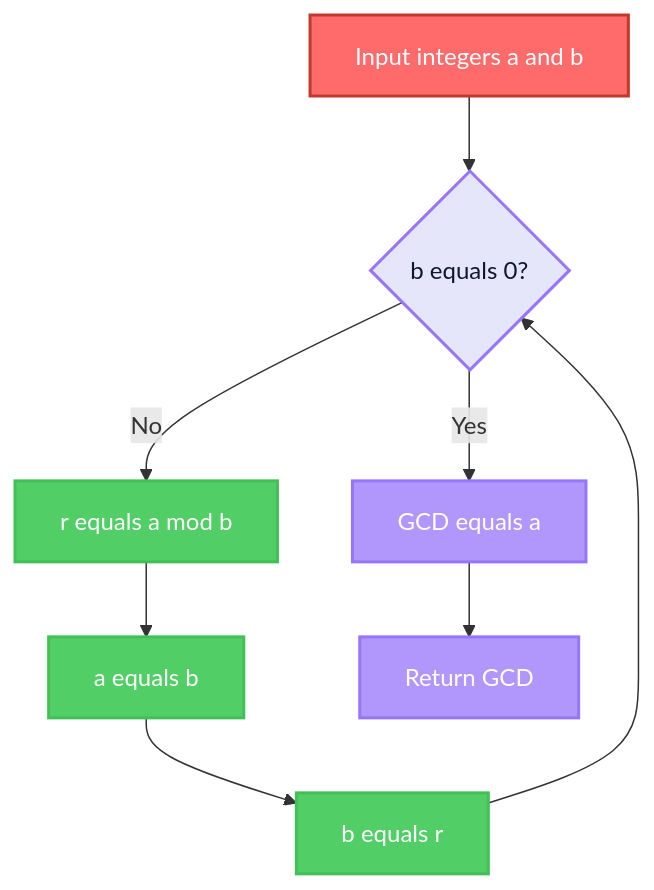
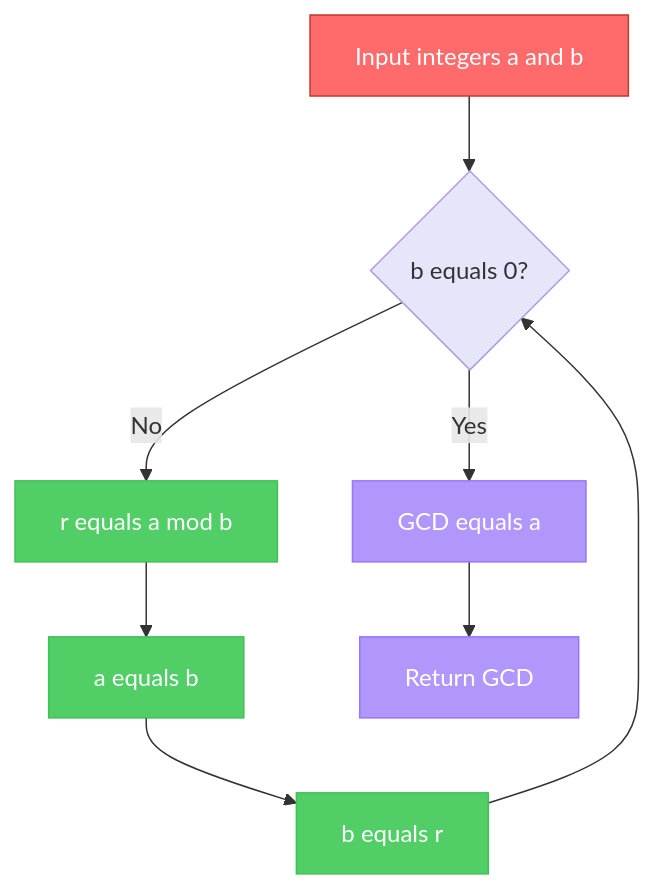
One commit to garywelz/progframe changed the first of 8 diagrams in collaborations/mathematics-database/algorithms-axiomatic-theories-proofs-revised.md. Above: the diagram before and after it, drawn with Mermaid. The commit also changed other lines of this file and 10 other files, not shown here.

````diff
--- a/collaborations/mathematics-database/algorithms-axiomatic-theories-proofs-revised.md
+++ b/collaborations/mathematics-database/algorithms-axiomatic-theories-proofs-revised.md
@@ -124,18 +124,20 @@
 ```mermaid
 flowchart TD
     A["Input integers a and b"] --> B{"b equals 0?"}
     B -->|Yes| C["GCD equals a"]
     B -->|No| D["r equals a mod b"]
     D --> E["a equals b"]
     E --> F["b equals r"]
     F --> B
     C --> G["Return GCD"]
-    classDef glmpInput fill:#ff6b6b,stroke:#c0392b,color:#fff,stroke-width:2px
-    classDef glmpDecision fill:#e6e6fa,stroke:#9775fa,color:#0f172a,stroke-width:2px
-    classDef glmpOperation fill:#51cf66,stroke:#40c057,color:#fff,stroke-width:2px
-    classDef glmpOutput fill:#b197fc,stroke:#9775fa,color:#fff,stroke-width:2px
-    class A glmpInput
-    class B glmpDecision
-    class C,G glmpOutput
-    class D,E,F glmpOperation
+    classDef red fill:#ff6b6b,color:#fff,stroke:#c0392b
+    classDef yellow fill:#ffd43b,color:#000,stroke:#f59f00
+    classDef green fill:#51cf66,color:#fff,stroke:#40c057
+    classDef lightblue fill:#74c0fc,color:#fff,stroke:#4dabf7
+    classDef violet fill:#b197fc,color:#fff,stroke:#9775fa
+    classDef lavender fill:#e6e6fa,color:#333,stroke:#b19cd9
+    class A red
+    class B lavender
+    class C,G violet
+    class D,E,F green
 ```
````
